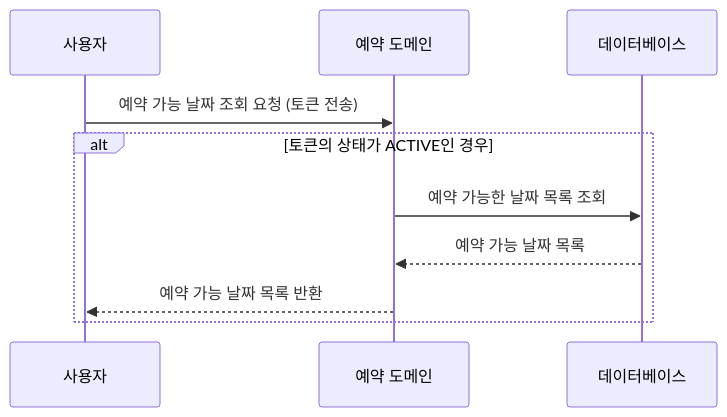
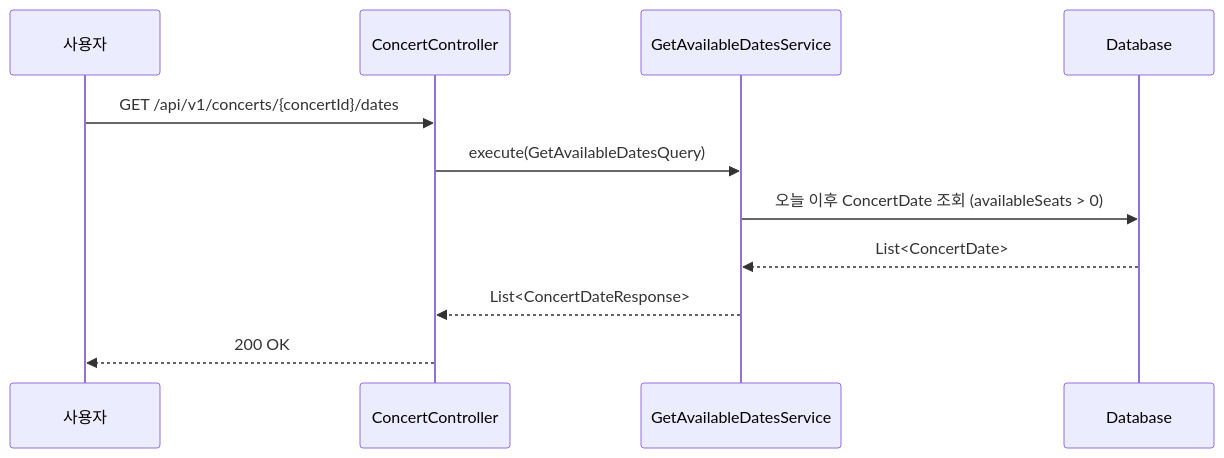
The fourth of 10 diagrams in docs/02_SequenceDiagram.md (jhwon91/concert-reservation-system), drawn with Mermaid before and after one commit. The commit also changed other lines of this file and 4 other files, not shown here.

````diff
--- a/docs/02_SequenceDiagram.md
+++ b/docs/02_SequenceDiagram.md
@@ -74,14 +95,14 @@
 ```mermaid
 sequenceDiagram
+    participant Client as 사용자
+    participant Controller as ConcertController
+    participant Service as GetAvailableDatesService
+    participant DB as Database
 
-    participant Client as 사용자
-    participant ReservationDomain as 예약 도메인
-    participant Database as 데이터베이스
-
-    Client->>ReservationDomain: 예약 가능 날짜 조회 요청 (토큰 전송)
-    alt 토큰의 상태가 ACTIVE인 경우
-        ReservationDomain->>Database: 예약 가능한 날짜 목록 조회
-        Database-->>ReservationDomain: 예약 가능 날짜 목록
-        ReservationDomain-->>Client: 예약 가능 날짜 목록 반환
-    end
+    Client->>Controller: GET /api/v1/concerts/{concertId}/dates
+    Controller->>Service: execute(GetAvailableDatesQuery)
+    Service->>DB: 오늘 이후 ConcertDate 조회 (availableSeats > 0)
+    DB-->>Service: List<ConcertDate>
+    Service-->>Controller: List<ConcertDateResponse>
+    Controller-->>Client: 200 OK
 ```
````
